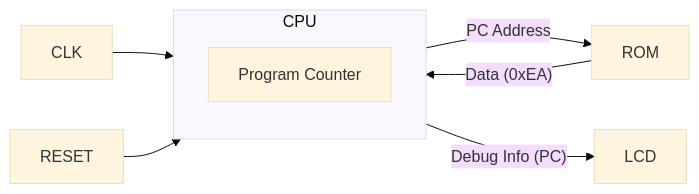
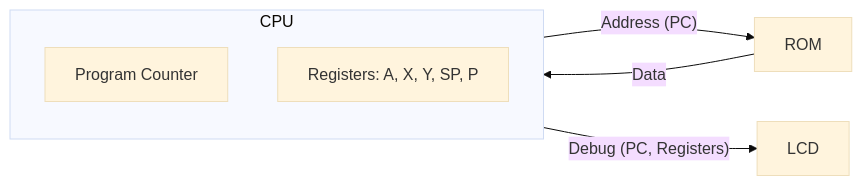
Before and after one commit to sokoide/tangnano_6502_cpu: the diagram in day05_completed/README.md, drawn with Mermaid (base theme). The commit also changed other lines of this file and 11 other files, not shown here.

````diff
--- a/day05_completed/README.md
+++ b/day05_completed/README.md
@@ -25,11 +29,10 @@
 ```mermaid
 graph LR
-    CLK --> CPU
-    RESET --> CPU
     subgraph CPU
         PC[Program Counter]
+        REGS[Registers: A, X, Y, SP, P]
     end
-    CPU -- PC Address --> ROM
-    ROM -- Data (0xEA) --> CPU
-    CPU -- Debug Info (PC) --> LCD
+    CPU -- Address (PC) --> ROM
+    ROM -- Data --> CPU
+    CPU -- Debug (PC, Registers) --> LCD
 ```
````
